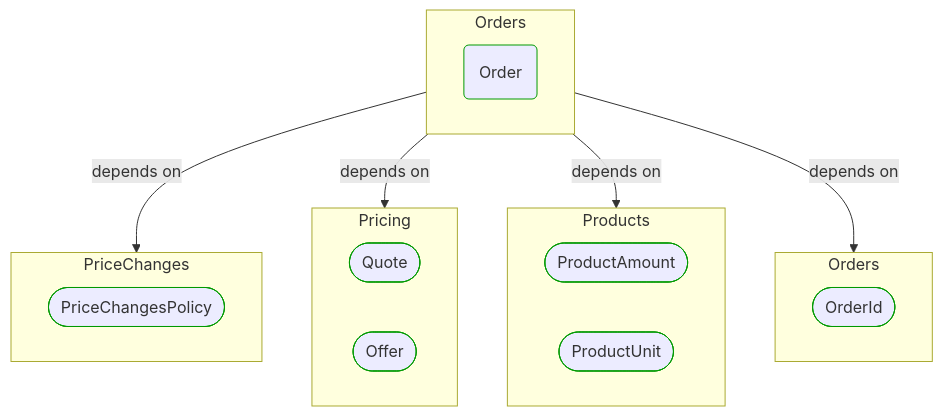
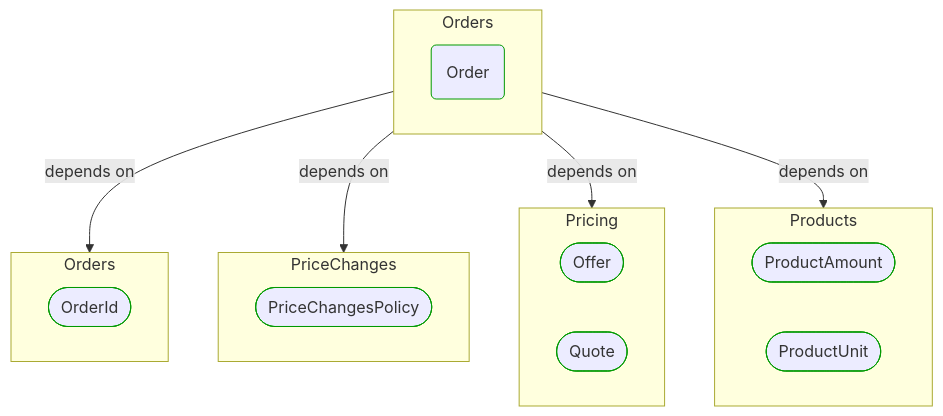
One commit to itlibrium/DDD-starter-dotnet changed the first of 2 diagrams in Docs/P3/MermaidOutput/BuildingBlocks/Sales/Orders/Order.md. Above: the diagram before and after it, drawn with Mermaid. The commit also changed other lines of this file and 78 other files, not shown here.

````diff
--- a/Docs/P3/MermaidOutput/BuildingBlocks/Sales/Orders/Order.md
+++ b/Docs/P3/MermaidOutput/BuildingBlocks/Sales/Orders/Order.md
@@ -18,34 +18,34 @@
 ```mermaid
   flowchart TB
     subgraph 0["Orders"]
       1(Order)
       class 1 DomainPerspective
     end
-    subgraph 2["PriceChanges"]
-      3([PriceChangesPolicy])
+    subgraph 2["Orders"]
+      3([OrderId])
       class 3 DomainPerspective
     end
-    subgraph 4["Pricing"]
-      5([Quote])
+    subgraph 4["PriceChanges"]
+      5([PriceChangesPolicy])
       class 5 DomainPerspective
-      6([Offer])
-      class 6 DomainPerspective
     end
-    subgraph 7["Products"]
-      8([ProductAmount])
+    subgraph 6["Pricing"]
+      7([Offer])
+      class 7 DomainPerspective
+      8([Quote])
       class 8 DomainPerspective
-      9([ProductUnit])
-      class 9 DomainPerspective
     end
-    subgraph 10["Orders"]
-      11([OrderId])
+    subgraph 9["Products"]
+      10([ProductAmount])
+      class 10 DomainPerspective
+      11([ProductUnit])
       class 11 DomainPerspective
     end
     0-->|depends on|2
     0-->|depends on|4
-    0-->|depends on|7
-    0-->|depends on|10
+    0-->|depends on|6
+    0-->|depends on|9
     classDef DomainPerspective stroke:#009900
     classDef TechnologyPerspective stroke:#1F41EB
     classDef PeoplePerspective stroke:#FFF014
 ```
````
